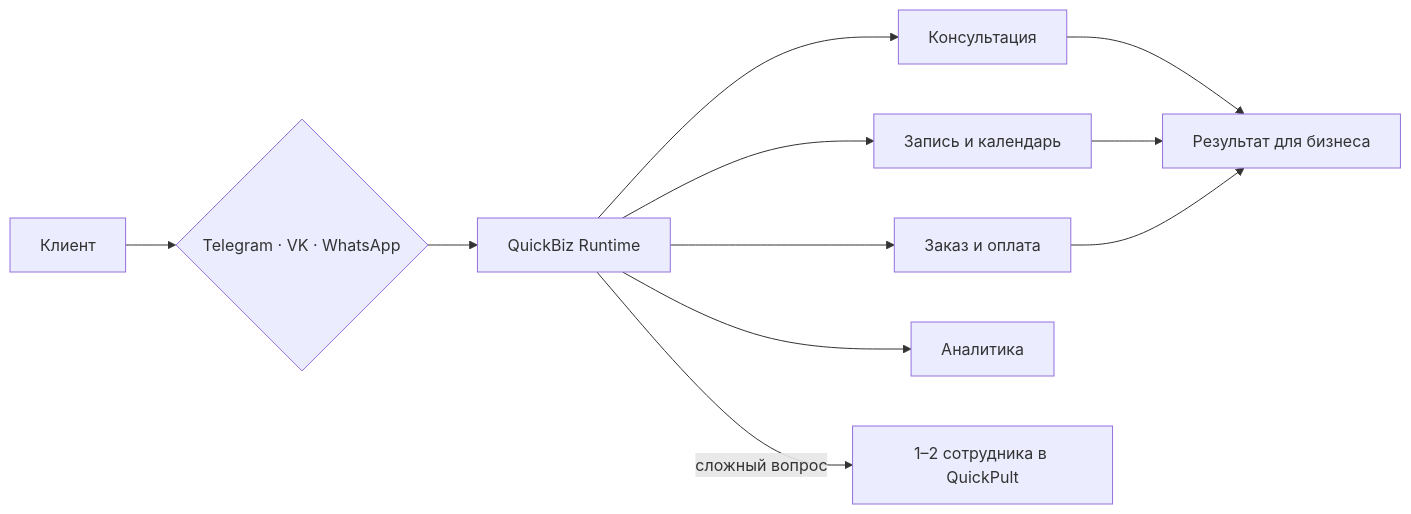
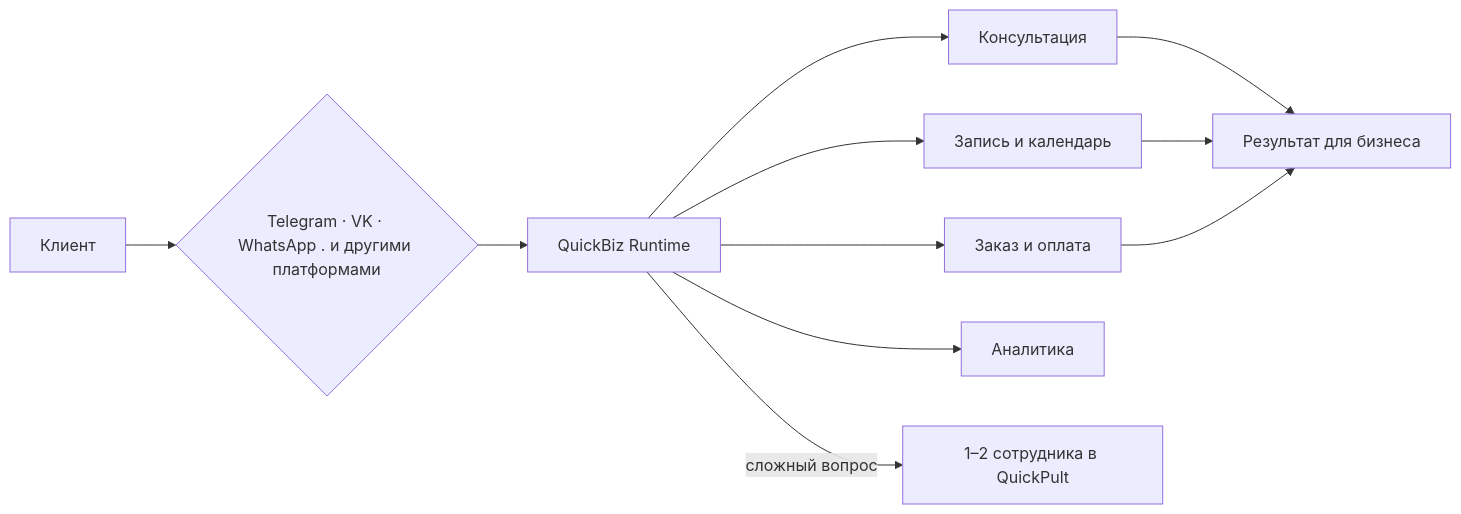
One commit to leksmustang/leksmustang changed the diagram in README.md. Above: the diagram before and after it, drawn with Mermaid.

````diff
--- a/README.md
+++ b/README.md
@@ -21,13 +21,13 @@
 ```mermaid
 flowchart LR
-    C[Клиент] --> M{Telegram · VK · WhatsApp}
+    C[Клиент] --> M{Telegram · VK · WhatsApp . и другими платформами}
     M --> R[QuickBiz Runtime]
     R --> Q[Консультация]
     R --> B[Запись и календарь]
     R --> P[Заказ и оплата]
     R --> A[Аналитика]
     R -->|сложный вопрос| H[1–2 сотрудника в QuickPult]
     Q --> RESULT[Результат для бизнеса]
     B --> RESULT
     P --> RESULT
 ```
````
